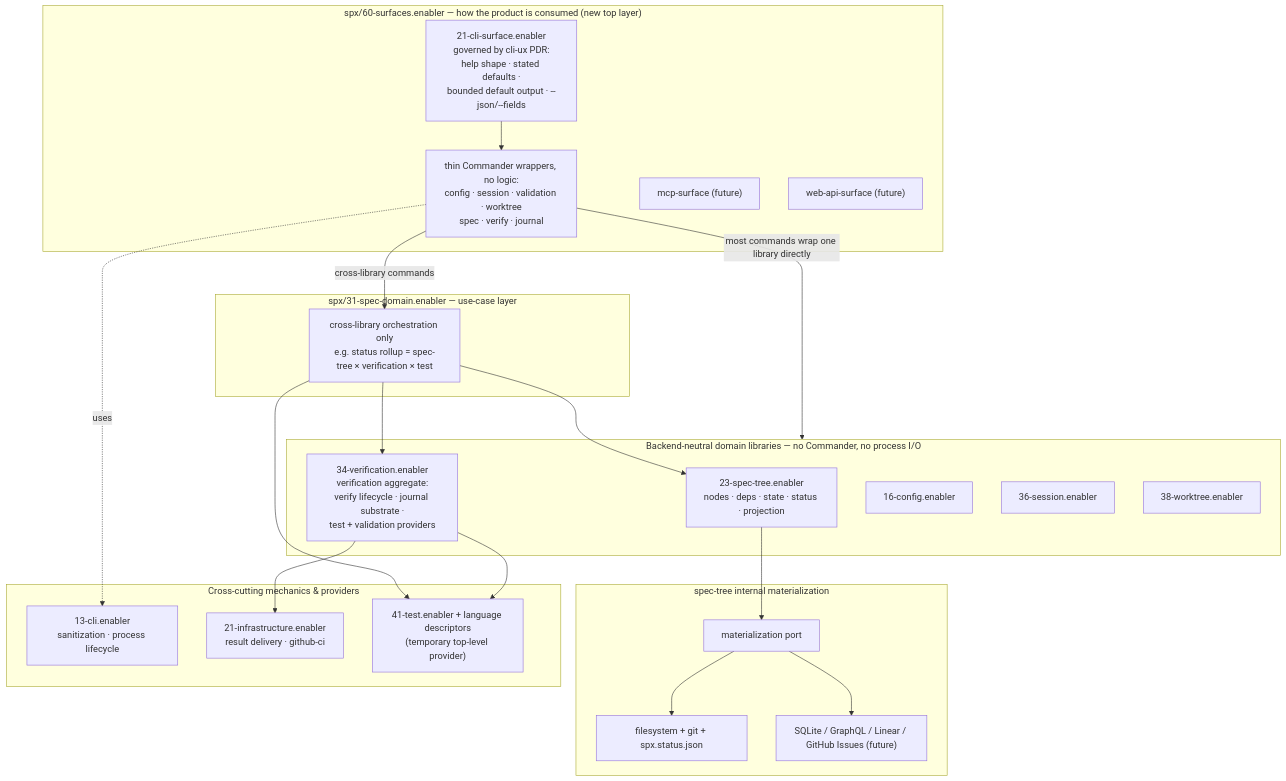
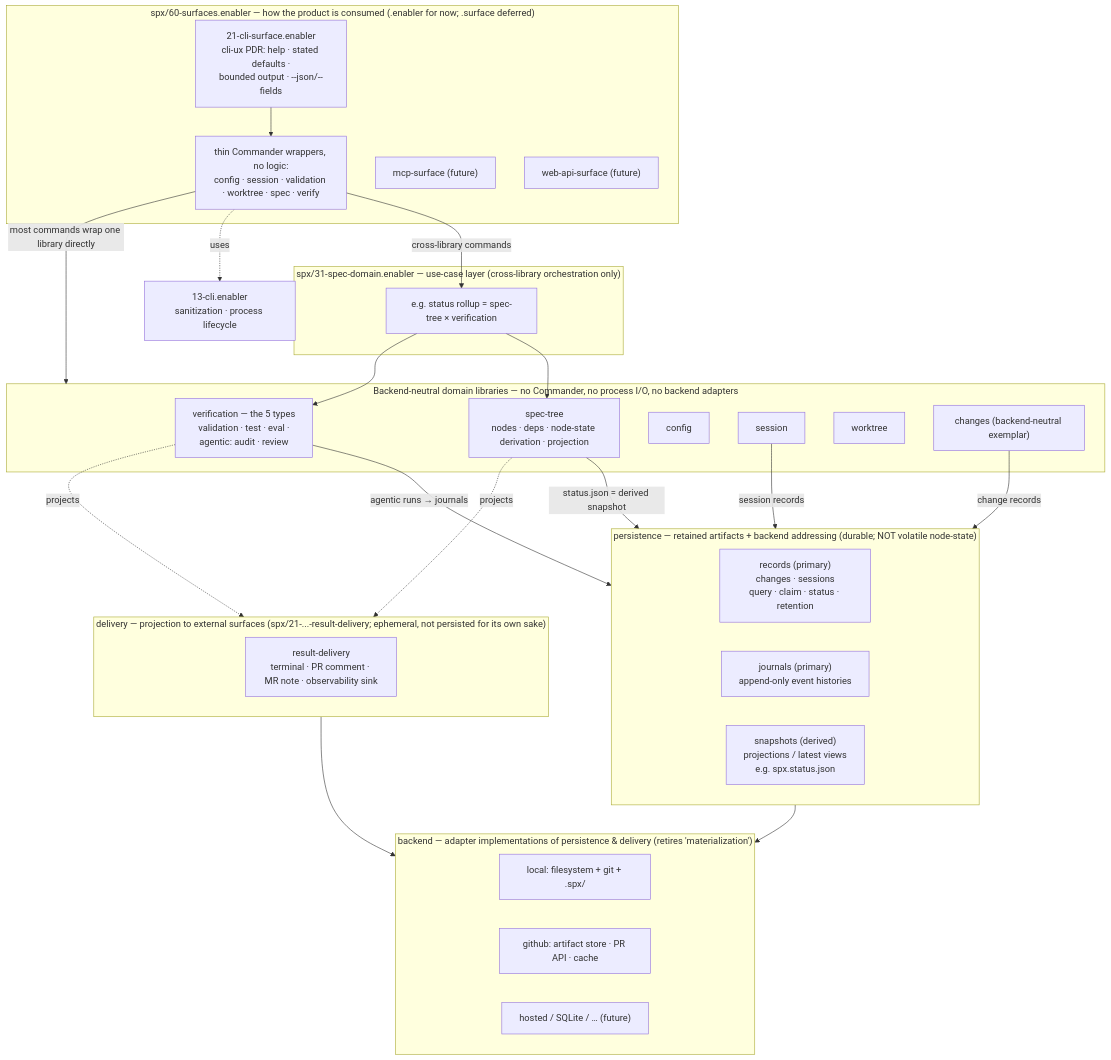
The first of 2 diagrams in spx/PLAN.md (outcomeeng/spx), drawn with Mermaid before and after one commit. The commit also changed other lines of this file and 18 other files, not shown here.

First line of the commit message:
docs(spec-tree): recast restructuring plan on orthogonal layers

````diff
--- a/spx/PLAN.md
+++ b/spx/PLAN.md
@@ -19,48 +17,59 @@
 ```mermaid
 flowchart TB
-  subgraph Surfaces["spx/60-surfaces.enabler — how the product is consumed (new top layer)"]
-    CLIsurface["21-cli-surface.enabler<br/>governed by cli-ux PDR:<br/>help shape · stated defaults ·<br/>bounded default output · --json/--fields"]
-    CLIwrap["thin Commander wrappers, no logic:<br/>config · session · validation · worktree<br/>spec · verify · journal"]
+  subgraph Surfaces["spx/60-surfaces.enabler — how the product is consumed (.enabler for now; .surface deferred)"]
+    CLIsurface["21-cli-surface.enabler<br/>cli-ux PDR: help · stated defaults ·<br/>bounded output · --json/--fields"]
+    CLIwrap["thin Commander wrappers, no logic:<br/>config · session · validation · worktree · spec · verify"]
     MCP["mcp-surface (future)"]
     WEB["web-api-surface (future)"]
     CLIsurface --> CLIwrap
   end
 
-  subgraph UseCase["spx/31-spec-domain.enabler — use-case layer"]
-    App["cross-library orchestration only<br/>e.g. status rollup = spec-tree × verification × test"]
+  subgraph UseCase["spx/31-spec-domain.enabler — use-case layer (cross-library orchestration only)"]
+    App["e.g. status rollup = spec-tree × verification"]
   end
 
-  subgraph Libraries["Backend-neutral domain libraries — no Commander, no process I/O"]
-    ST["23-spec-tree.enabler<br/>nodes · deps · state · status · projection"]
-    VER["34-verification.enabler<br/>verification aggregate:<br/>verify lifecycle · journal substrate ·<br/>test + validation providers"]
-    CFG["16-config.enabler"]
-    SES["36-session.enabler"]
-    WT["38-worktree.enabler"]
+  subgraph Libraries["Backend-neutral domain libraries — no Commander, no process I/O, no backend adapters"]
+    ST["spec-tree<br/>nodes · deps · node-state derivation · projection"]
+    VER["verification — the 5 types<br/>validation · test · eval ·<br/>agentic: audit · review"]
+    CFG["config"]
+    SES["session"]
+    WT["worktree"]
+    CHG["changes (backend-neutral exemplar)"]
   end
 
-  subgraph Backends["spec-tree internal materialization"]
-    PORT["materialization port"]
-    FS["filesystem + git + spx.status.json"]
-    FUT["SQLite / GraphQL / Linear / GitHub Issues (future)"]
+  subgraph Persistence["persistence — retained artifacts + backend addressing (durable; NOT volatile node-state)"]
+    REC["records (primary)<br/>changes · sessions<br/>query · claim · status · retention"]
+    JRN["journals (primary)<br/>append-only event histories"]
+    SNP["snapshots (derived)<br/>projections / latest views<br/>e.g. spx.status.json"]
   end
 
-  subgraph Cross["Cross-cutting mechanics & providers"]
-    MECH["13-cli.enabler<br/>sanitization · process lifecycle"]
-    INFRA["21-infrastructure.enabler<br/>result delivery · github-ci"]
-    TEST["41-test.enabler + language descriptors<br/>(temporary top-level provider)"]
+  subgraph DeliveryLayer["delivery — projection to external surfaces (spx/21-...-result-delivery; ephemeral, not persisted for its own sake)"]
+    DLV["result-delivery<br/>terminal · PR comment · MR note · observability sink"]
   end
+
+  subgraph Backend["backend — adapter implementations of persistence & delivery (retires 'materialization')"]
+    LOC["local: filesystem + git + .spx/"]
+    GHB["github: artifact store · PR API · cache"]
+    FUT["hosted / SQLite / … (future)"]
+  end
+
+  MECH["13-cli.enabler<br/>sanitization · process lifecycle"]
 
   CLIwrap -->|"cross-library commands"| App
   CLIwrap -->|"most commands wrap one library directly"| Libraries
   CLIwrap -.uses.-> MECH
 
   App --> ST
   App --> VER
-  App --> TEST
 
-  ST --> PORT
-  PORT --> FS
-  PORT --> FUT
-  VER --> INFRA
-  VER --> TEST
+  ST -->|"status.json = derived snapshot"| Persistence
+  VER -->|"agentic runs → journals"| Persistence
+  SES -->|"session records"| Persistence
+  CHG -->|"change records"| Persistence
+
+  ST -.projects.-> DeliveryLayer
+  VER -.projects.-> DeliveryLayer
+
+  Persistence --> Backend
+  DeliveryLayer --> Backend
 ```
````
